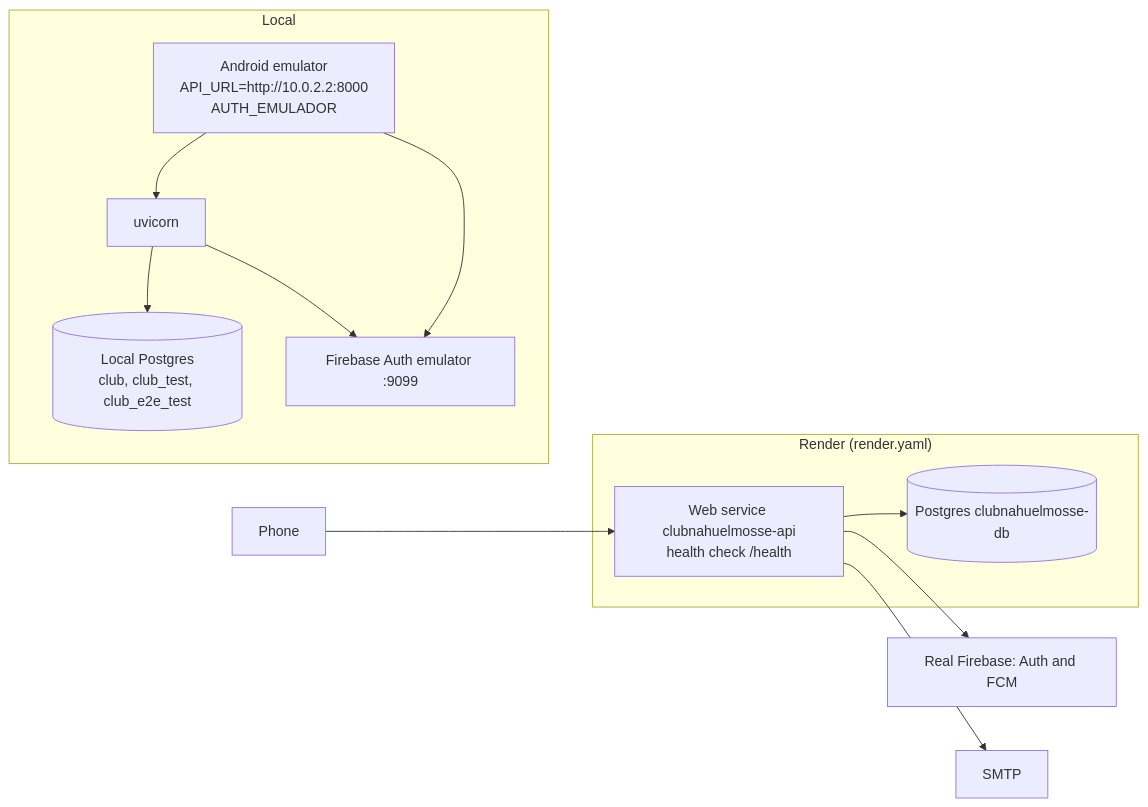
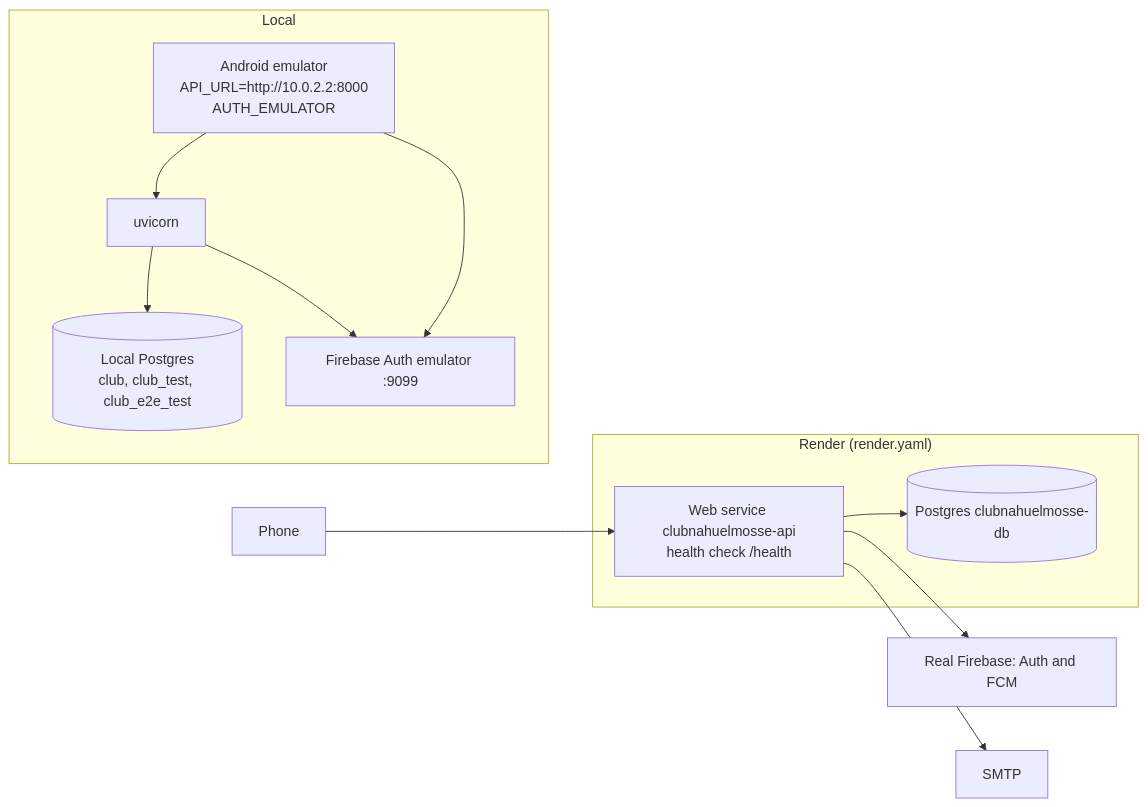
One commit to NahuelMosse/ClubNahuelMosse changed the seventh of 7 diagrams in docs/technical/architecture.md. Above: the diagram before and after it, drawn with Mermaid. The commit also changed other lines of this file and 75 other files, not shown here.

````diff
--- a/docs/technical/architecture.md
+++ b/docs/technical/architecture.md
@@ -251,20 +251,20 @@
 ```mermaid
 flowchart LR
   subgraph local["Local"]
-    emu["Android emulator<br/>API_URL=http://10.0.2.2:8000<br/>AUTH_EMULADOR"]
+    emu["Android emulator<br/>API_URL=http://10.0.2.2:8000<br/>AUTH_EMULATOR"]
     uv["uvicorn"]
     pgl[("Local Postgres<br/>club, club_test, club_e2e_test")]
     fbe["Firebase Auth emulator :9099"]
     emu --> uv --> pgl
     emu --> fbe
     uv --> fbe
   end
   subgraph render["Render (render.yaml)"]
     web["Web service clubnahuelmosse-api<br/>health check /health"]
     pgr[("Postgres clubnahuelmosse-db")]
     web --> pgr
   end
   phone["Phone"] --> web
   web --> fbr["Real Firebase: Auth and FCM"]
   web --> smtp["SMTP"]
 ```
````
